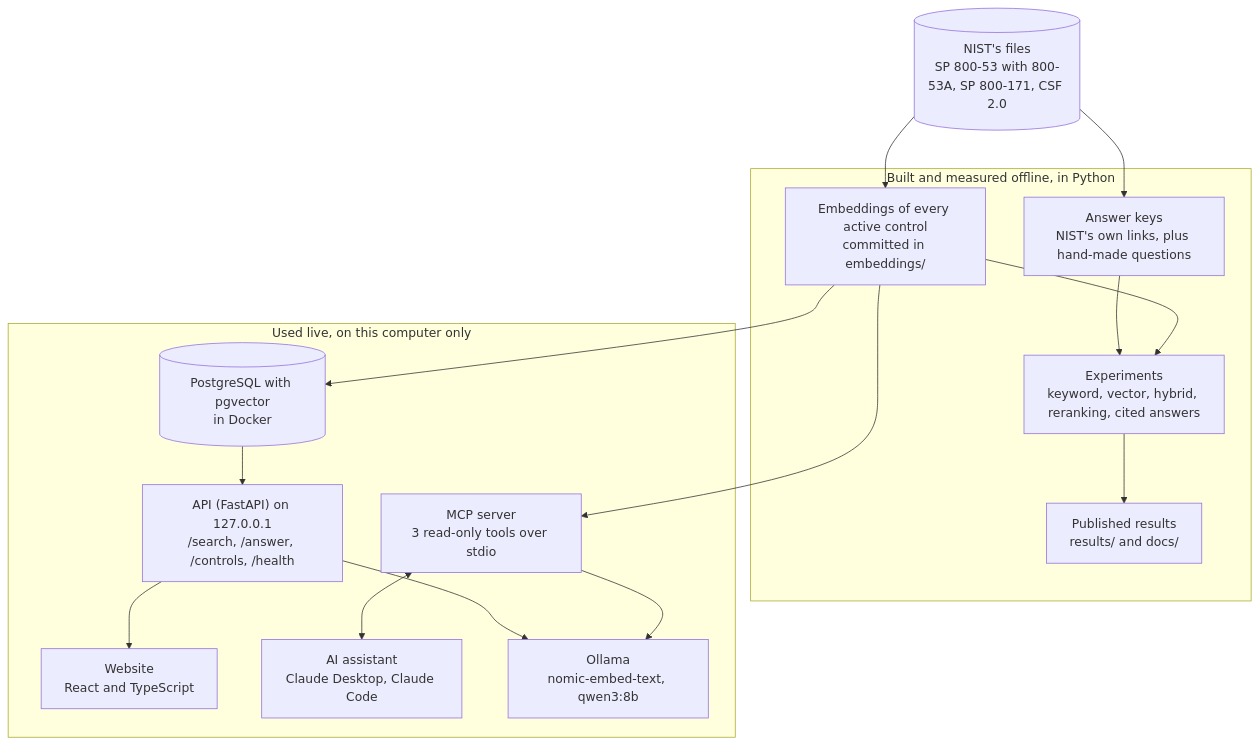
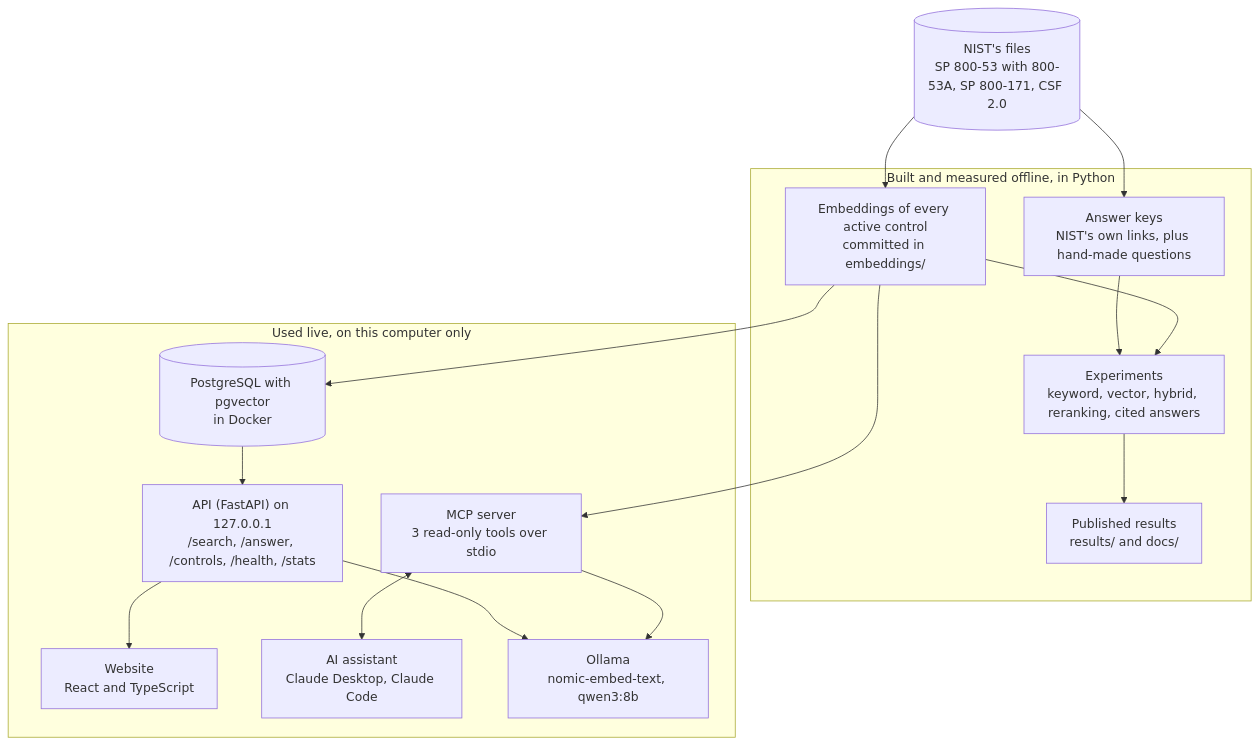
The diagram in README.md (Ronak-Mahidharia/control-finder), drawn with Mermaid before and after one commit. The commit also changed other lines of this file and 4 other files, not shown here.

First line of the commit message:
Record every API request, and show the recent ones at GET /stats (#16)

````diff
--- a/README.md
+++ b/README.md
@@ -33,27 +33,27 @@
 ```mermaid
 flowchart TB
     nist[("NIST's files<br/>SP 800-53 with 800-53A, SP 800-171, CSF 2.0")]
 
     subgraph offline["Built and measured offline, in Python"]
         keys["Answer keys<br/>NIST's own links, plus hand-made questions"]
         emb["Embeddings of every active control<br/>committed in embeddings/"]
         exp["Experiments<br/>keyword, vector, hybrid, reranking, cited answers"]
         results["Published results<br/>results/ and docs/"]
     end
 
     subgraph live["Used live, on this computer only"]
         db[("PostgreSQL with pgvector<br/>in Docker")]
-        api["API (FastAPI) on 127.0.0.1<br/>/search, /answer, /controls, /health"]
+        api["API (FastAPI) on 127.0.0.1<br/>/search, /answer, /controls, /health, /stats"]
         site["Website<br/>React and TypeScript"]
         mcp["MCP server<br/>3 read-only tools over stdio"]
         assistant["AI assistant<br/>Claude Desktop, Claude Code"]
         ollama["Ollama<br/>nomic-embed-text, qwen3:8b"]
     end
 
     nist --> keys & emb
     keys & emb --> exp --> results
     emb --> db --> api --> site
     emb --> mcp
     mcp <--> assistant
     api & mcp --> ollama
 ```
````
